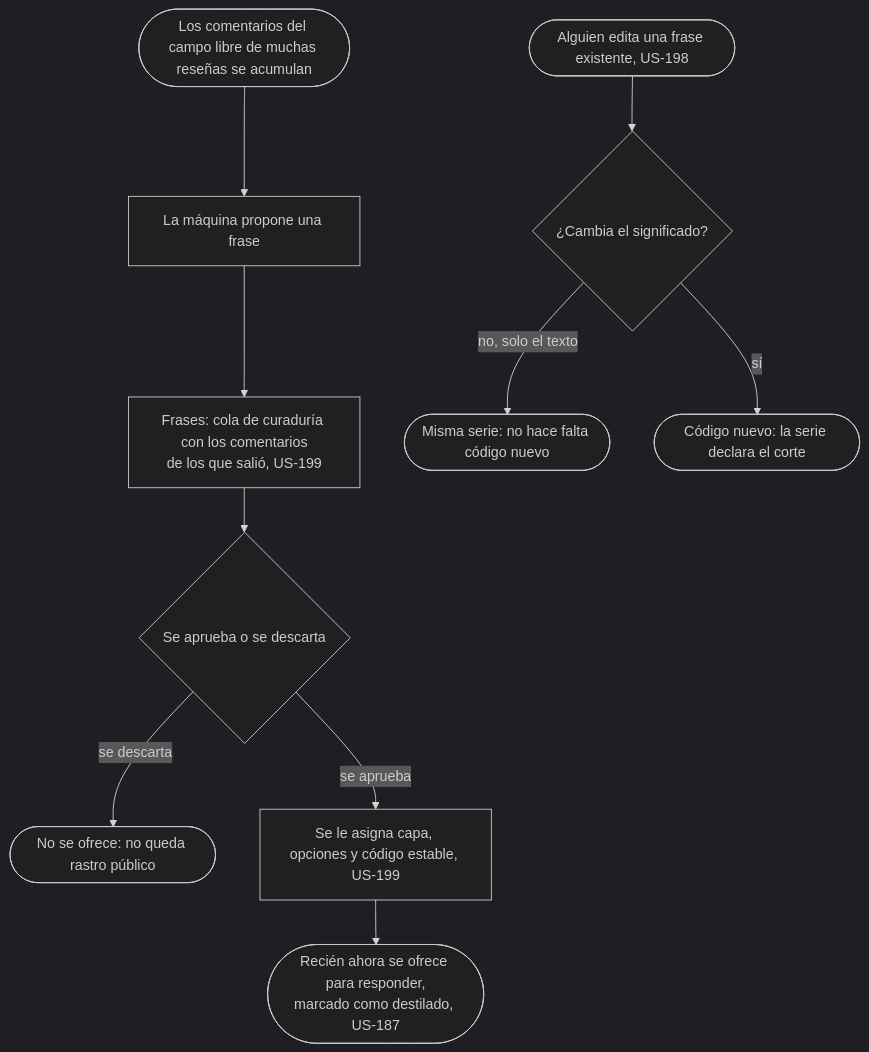
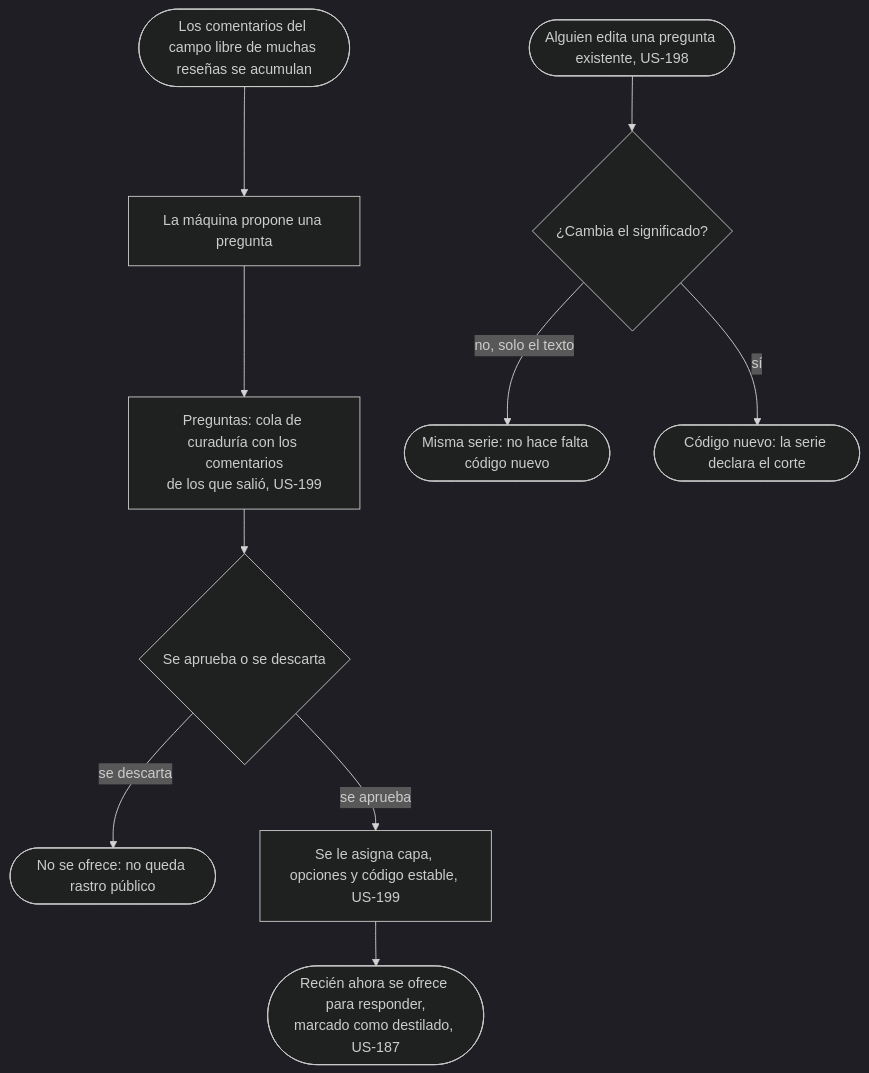
The third of 5 diagrams in docs/product/team/sustain-the-catalog/flow.md (lucasidev/plan-b), drawn with Mermaid (dark theme) before and after one commit. The commit also changed other lines of this file and 136 other files, not shown here.

````diff
--- a/docs/product/team/sustain-the-catalog/flow.md
+++ b/docs/product/team/sustain-the-catalog/flow.md
@@ -37,12 +37,12 @@
 ```mermaid
 flowchart TD
-  A([Los comentarios del campo libre de muchas reseñas se acumulan]) --> B[La máquina propone una frase]
-  B --> C[Frases: cola de curaduría con los comentarios<br/>de los que salió, US-199]
+  A([Los comentarios del campo libre de muchas reseñas se acumulan]) --> B[La máquina propone una pregunta]
+  B --> C[Preguntas: cola de curaduría con los comentarios<br/>de los que salió, US-199]
   C --> D{Se aprueba o se descarta}
   D -->|se descarta| E([No se ofrece: no queda rastro público])
   D -->|se aprueba| F[Se le asigna capa, opciones y código estable, US-199]
   F --> G([Recién ahora se ofrece para responder,<br/>marcado como destilado, US-187])
-  H([Alguien edita una frase existente, US-198]) --> I{¿Cambia el significado?}
+  H([Alguien edita una pregunta existente, US-198]) --> I{¿Cambia el significado?}
   I -->|no, solo el texto| J([Misma serie: no hace falta código nuevo])
   I -->|sí| K([Código nuevo: la serie declara el corte])
 ```
````
